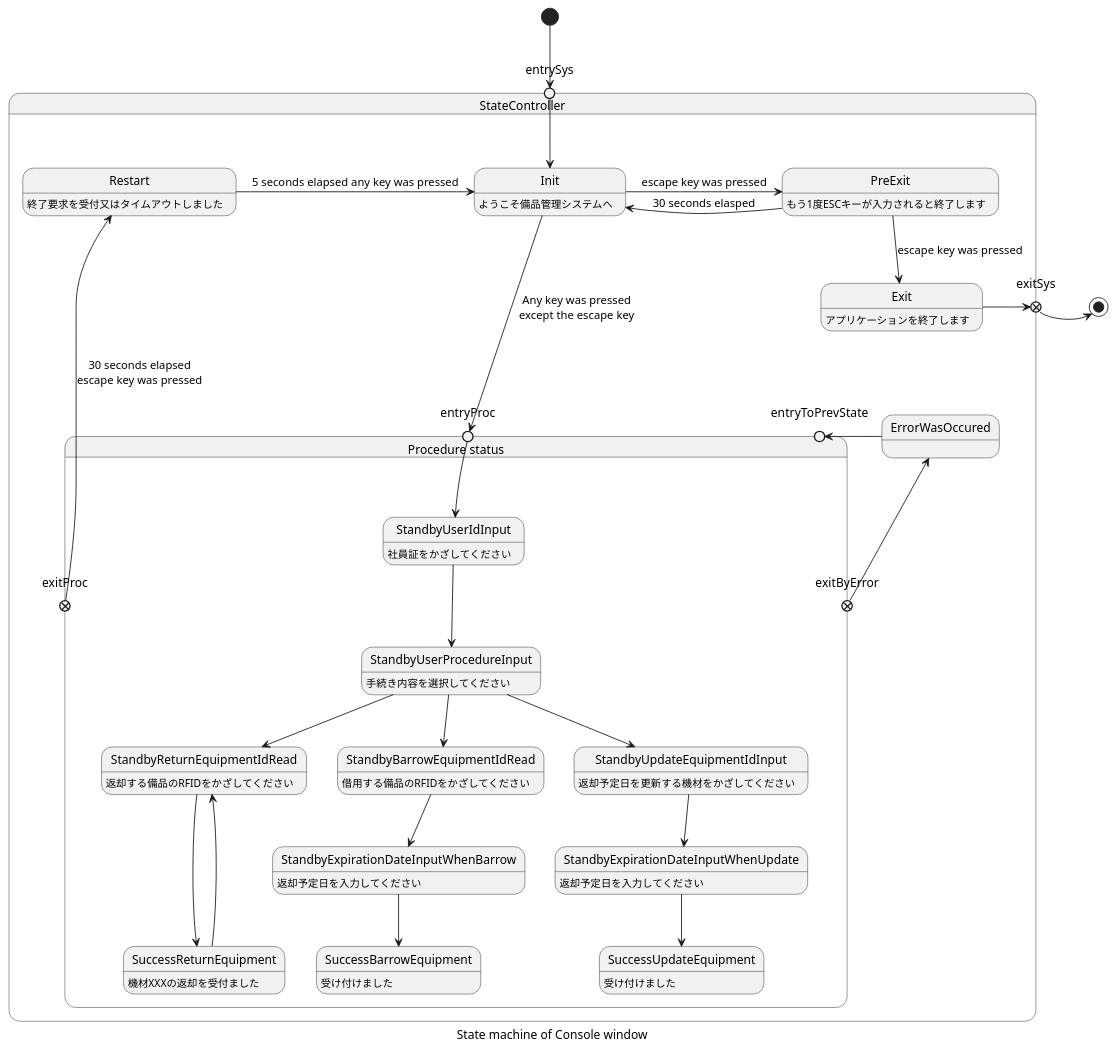
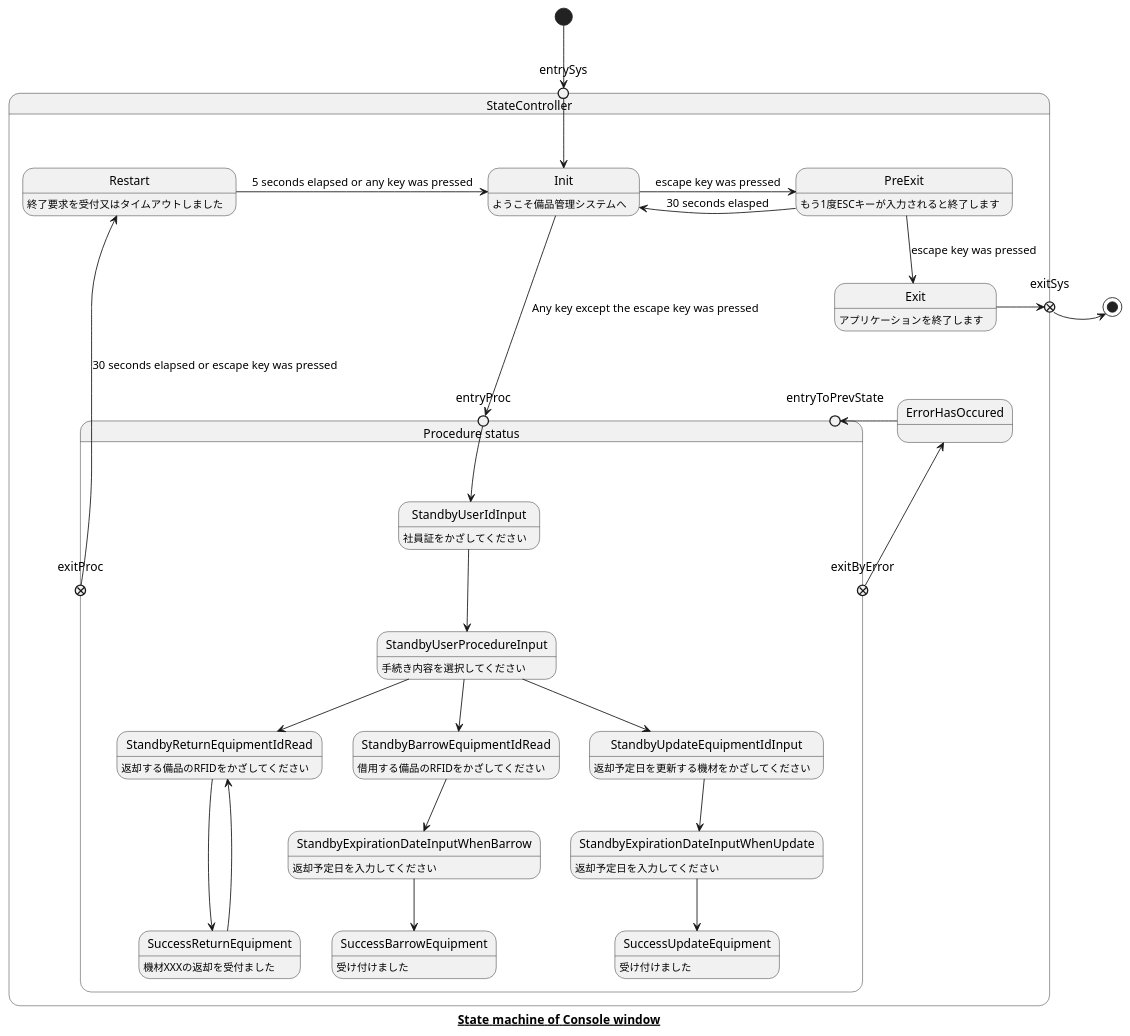
The sixth of 6 diagrams in doc/design.md (A-Yasue/EquipmentBookingSystem), drawn with PlantUML before and after one commit. The commit also changed other lines of this file and 4 other files, not shown here.

Commit message:
Document was updated, and identifier was modified from ErrorWasOccurred to ErrorHasOccurred.

````diff
--- a/doc/design.md
+++ b/doc/design.md
@@ -264,73 +325,73 @@
 ```plantuml
 
 
 state StateController{
     state entrySys <<entryPoint>>
     state exitSys <<exitPoint>>
 
     state "Procedure status" as proc {
         state entryProc <<entryPoint>>
         state exitProc <<exitPoint>>
         state entryToPrevState <<entryPoint>>
         state exitByError <<exitPoint>>
 
         state StandbyUserIdInput : 社員証をかざしてください
         state StandbyUserProcedureInput : 手続き内容を選択してください
 
         state StandbyReturnEquipmentIdRead : 返却する備品のRFIDをかざしてください
         state SuccessReturnEquipment : 機材XXXの返却を受付ました
 
         state StandbyBarrowEquipmentIdRead : 借用する備品のRFIDをかざしてください
         state StandbyExpirationDateInputWhenBarrow : 返却予定日を入力してください
         state SuccessBarrowEquipment : 受け付けました
 
         state StandbyUpdateEquipmentIdInput : 返却予定日を更新する機材をかざしてください
         state StandbyExpirationDateInputWhenUpdate : 返却予定日を入力してください
         state SuccessUpdateEquipment : 受け付けました
 
     }
 
     state Init : ようこそ備品管理システムへ
     state PreExit : もう1度ESCキーが入力されると終了します
     state Exit : アプリケーションを終了します
     state Restart : 終了要求を受付又はタイムアウトしました
-    state ErrorWasOccured
+    state ErrorHasOccured
 }
 
 [*] -do-> entrySys
 entrySys -do-> Init
 
-ErrorWasOccured -ri-> entryToPrevState 
-exitByError -le-> ErrorWasOccured
+ErrorHasOccured -ri-> entryToPrevState 
+exitByError -le-> ErrorHasOccured
 
 Init -> PreExit : escape key was pressed
 PreExit -do-> Exit : escape key was pressed
 PreExit -le-> Init : 30 seconds elasped
 Exit -up> exitSys
 exitSys -ri-> [*]
 
-Restart -ri-> Init : 5 seconds elapsed any key was pressed
+Restart -ri-> Init : 5 seconds elapsed or any key was pressed
 
-Exit -do[hidden]-> ErrorWasOccured
+Exit -do[hidden]-> ErrorHasOccured
 
-Init -do-> entryProc : Any key was pressed\nexcept the escape key
-exitProc -up-> Restart : 30 seconds elapsed\nescape key was pressed
+Init -do-> entryProc : Any key except the escape key was pressed
+exitProc -up-> Restart : 30 seconds elapsed or escape key was pressed
 
 entryProc -do-> StandbyUserIdInput
 StandbyUserIdInput -do-> StandbyUserProcedureInput
 
 StandbyUserProcedureInput -do-> StandbyReturnEquipmentIdRead
 StandbyReturnEquipmentIdRead -do--> SuccessReturnEquipment
 SuccessReturnEquipment -up-> StandbyReturnEquipmentIdRead
 
 StandbyUserProcedureInput -do-> StandbyBarrowEquipmentIdRead
 StandbyBarrowEquipmentIdRead -do-> StandbyExpirationDateInputWhenBarrow
 StandbyExpirationDateInputWhenBarrow -do-> SuccessBarrowEquipment
 
 StandbyUserProcedureInput -do-> StandbyUpdateEquipmentIdInput
 StandbyUpdateEquipmentIdInput -do-> StandbyExpirationDateInputWhenUpdate
 StandbyExpirationDateInputWhenUpdate -do-> SuccessUpdateEquipment
 
+caption **__State machine of Console window__**
 
-caption State machine of Console window
 ```
````
